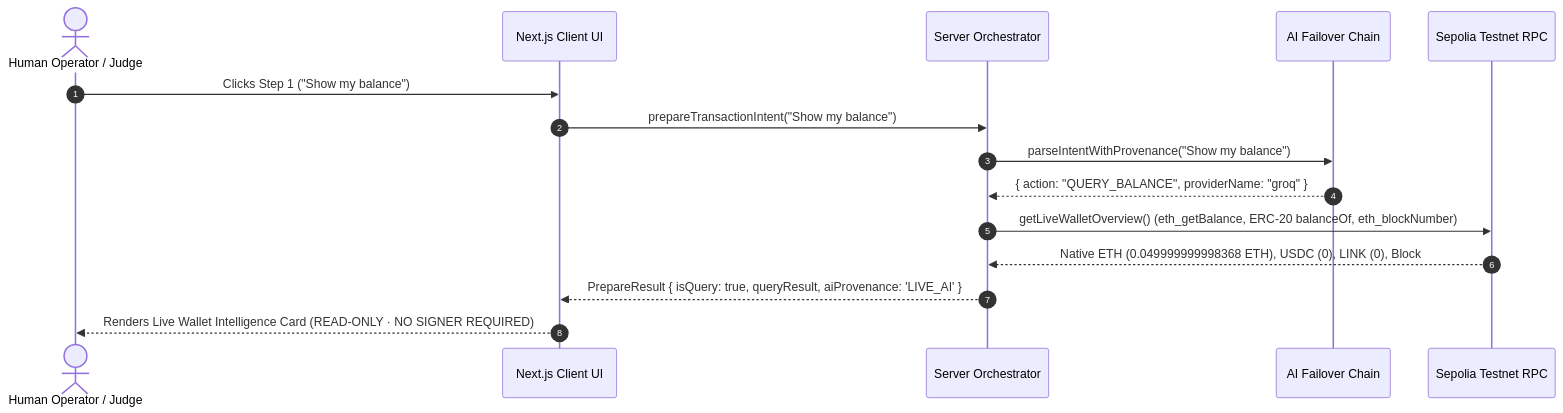
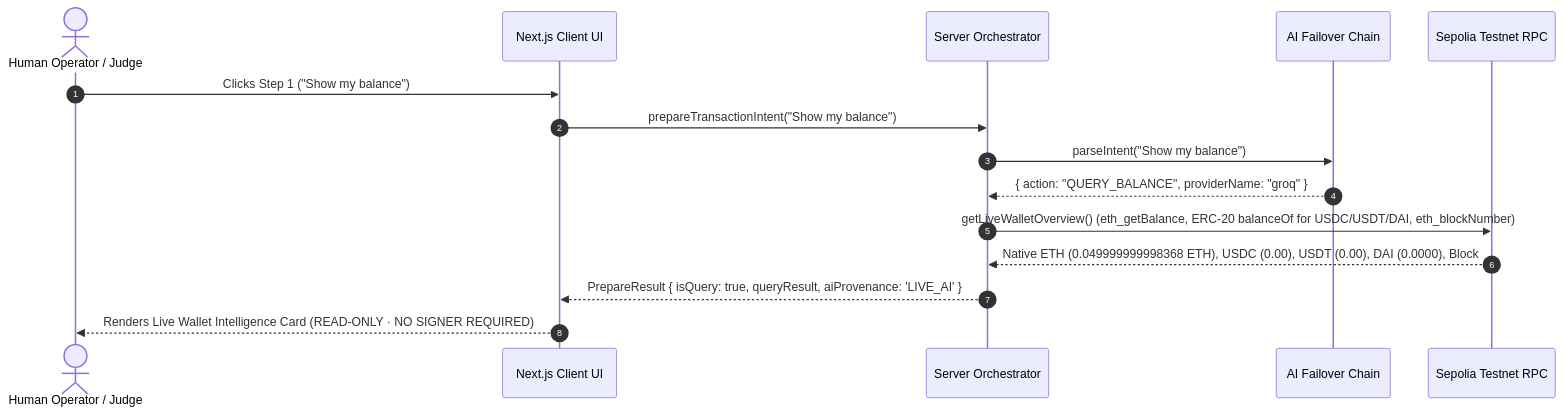
The second of 2 diagrams in deliverables/architecture/15_DATA_FLOW_AND_SEQUENCE.md (cryptXploit/SentinAI-Guardian---An-AI-Native-Autonomous-Wallet), drawn with Mermaid before and after one commit. The commit also changed other lines of this file and 69 other files, not shown here.

````diff
--- a/deliverables/architecture/15_DATA_FLOW_AND_SEQUENCE.md
+++ b/deliverables/architecture/15_DATA_FLOW_AND_SEQUENCE.md
@@ -61,18 +61,18 @@
 ```mermaid
 sequenceDiagram
     autonumber
     actor Operator as Human Operator / Judge
     participant UI as Next.js Client UI
     participant Orch as Server Orchestrator
     participant AI as AI Failover Chain
     participant RPC as Sepolia Testnet RPC
 
     Operator->>UI: Clicks Step 1 ("Show my balance")
     UI->>Orch: prepareTransactionIntent("Show my balance")
-    Orch->>AI: parseIntentWithProvenance("Show my balance")
+    Orch->>AI: parseIntent("Show my balance")
     AI-->>Orch: { action: "QUERY_BALANCE", providerName: "groq" }
-    Orch->>RPC: getLiveWalletOverview() (eth_getBalance, ERC-20 balanceOf, eth_blockNumber)
-    RPC-->>Orch: Native ETH (0.049999999998368 ETH), USDC (0), LINK (0), Block #11946788
+    Orch->>RPC: getLiveWalletOverview() (eth_getBalance, ERC-20 balanceOf for USDC/USDT/DAI, eth_blockNumber)
+    RPC-->>Orch: Native ETH (0.049999999998368 ETH), USDC (0.00), USDT (0.00), DAI (0.0000), Block #11946788
     Orch-->>UI: PrepareResult { isQuery: true, queryResult, aiProvenance: 'LIVE_AI' }
     UI-->>Operator: Renders Live Wallet Intelligence Card (READ-ONLY · NO SIGNER REQUIRED)
 ```
````
